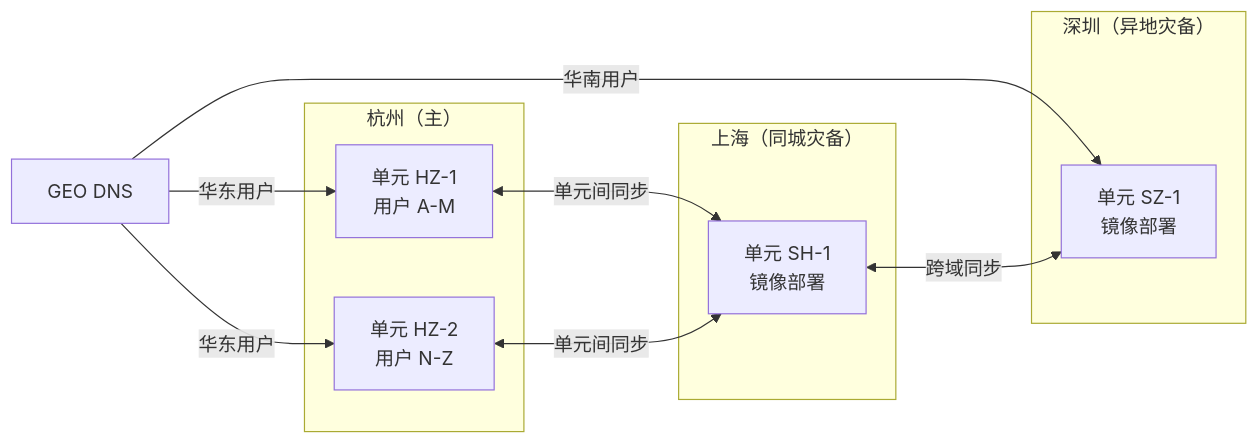
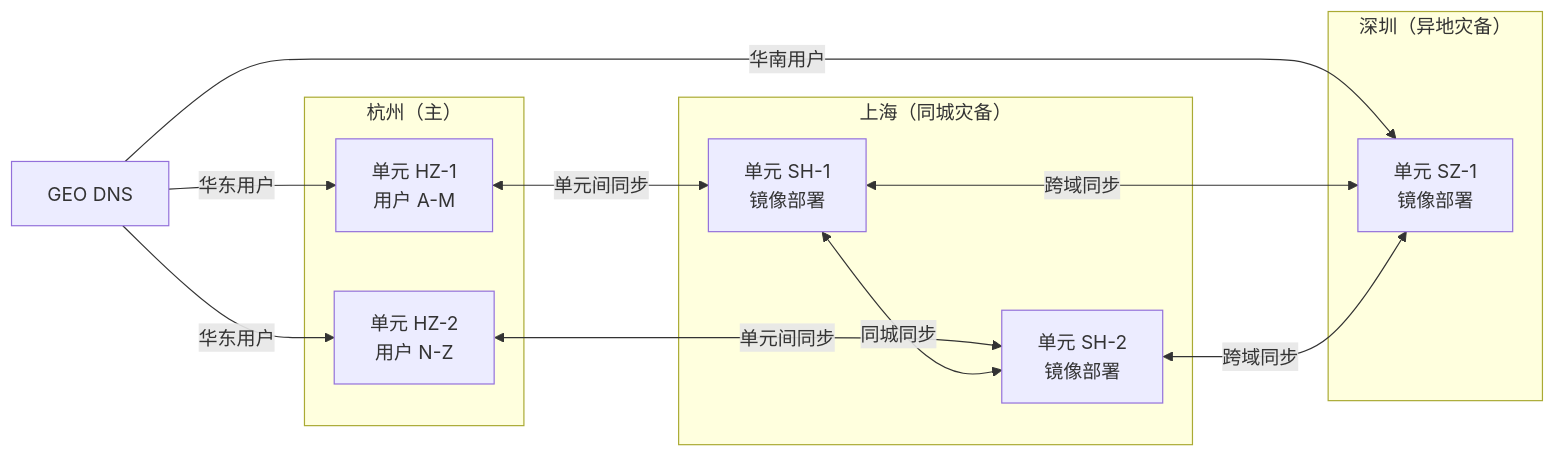
Before and after one commit to liukun2634/dev-interview-guide: the second of 5 diagrams in docs/system-design/interview-cases/double-eleven-spike.md, drawn with Mermaid. The commit also changed other lines of this file and 13 other files, not shown here.

````diff
--- a/docs/system-design/interview-cases/double-eleven-spike.md
+++ b/docs/system-design/interview-cases/double-eleven-spike.md
@@ -116,20 +116,23 @@
 ```mermaid
 graph LR
     subgraph HZ["杭州（主）"]
         HZ1["单元 HZ-1<br/>用户 A-M"]
         HZ2["单元 HZ-2<br/>用户 N-Z"]
     end
     subgraph SH["上海（同城灾备）"]
         SH1["单元 SH-1<br/>镜像部署"]
+        SH2["单元 SH-2<br/>镜像部署"]
     end
     subgraph SZ["深圳（异地灾备）"]
         SZ1["单元 SZ-1<br/>镜像部署"]
     end
 
     GEO_DNS["GEO DNS"] -->|"华东用户"| HZ1
     GEO_DNS -->|"华东用户"| HZ2
     GEO_DNS -->|"华南用户"| SZ1
     HZ1 <-->|"单元间同步"| SH1
-    HZ2 <-->|"单元间同步"| SH1
+    HZ2 <-->|"单元间同步"| SH2
+    SH1 <-->|"同城同步"| SH2
     SH1 <-->|"跨域同步"| SZ1
+    SH2 <-->|"跨域同步"| SZ1
 ```
````
